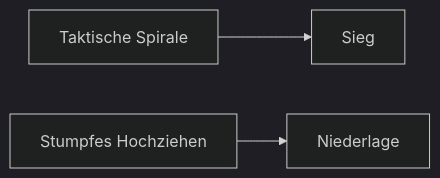
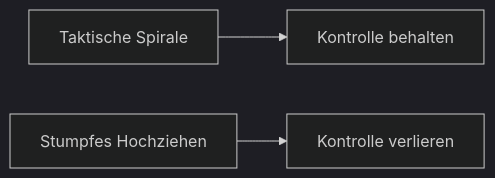
One commit to lukaio3D/VFM_Wiki changed the fifth of 5 diagrams in docs/grundlagen/vertikal-manoever.md. Above: the diagram before and after it, drawn with Mermaid (dark theme). The commit also changed other lines of this file and 13 other files, not shown here.

````diff
--- a/docs/grundlagen/vertikal-manoever.md
+++ b/docs/grundlagen/vertikal-manoever.md
@@ -175,5 +180,5 @@
 ```mermaid
 flowchart LR
-    GOOD[Taktische Spirale] --> WIN[Sieg]
-    BAD[Stumpfes Hochziehen] --> LOSE[Niederlage]
+    GOOD[Taktische Spirale] --> WIN[Kontrolle behalten]
+    BAD[Stumpfes Hochziehen] --> LOSE[Kontrolle verlieren]
 ```
````
